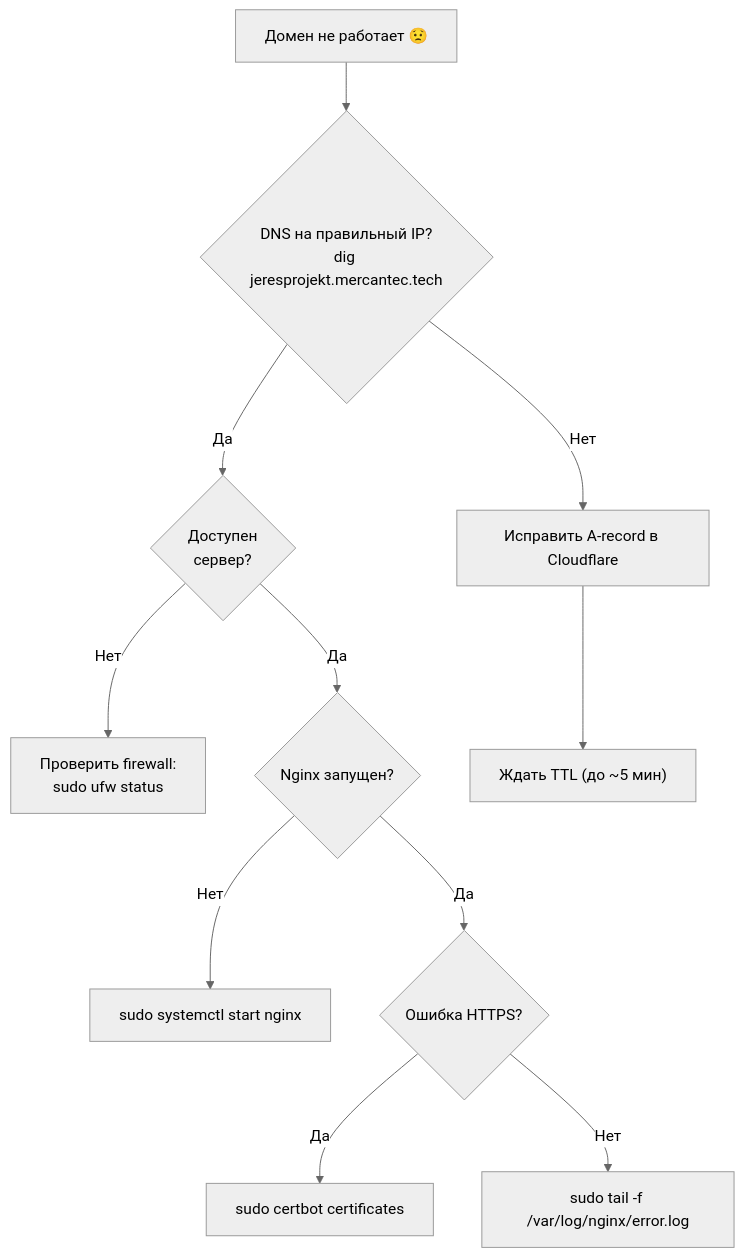
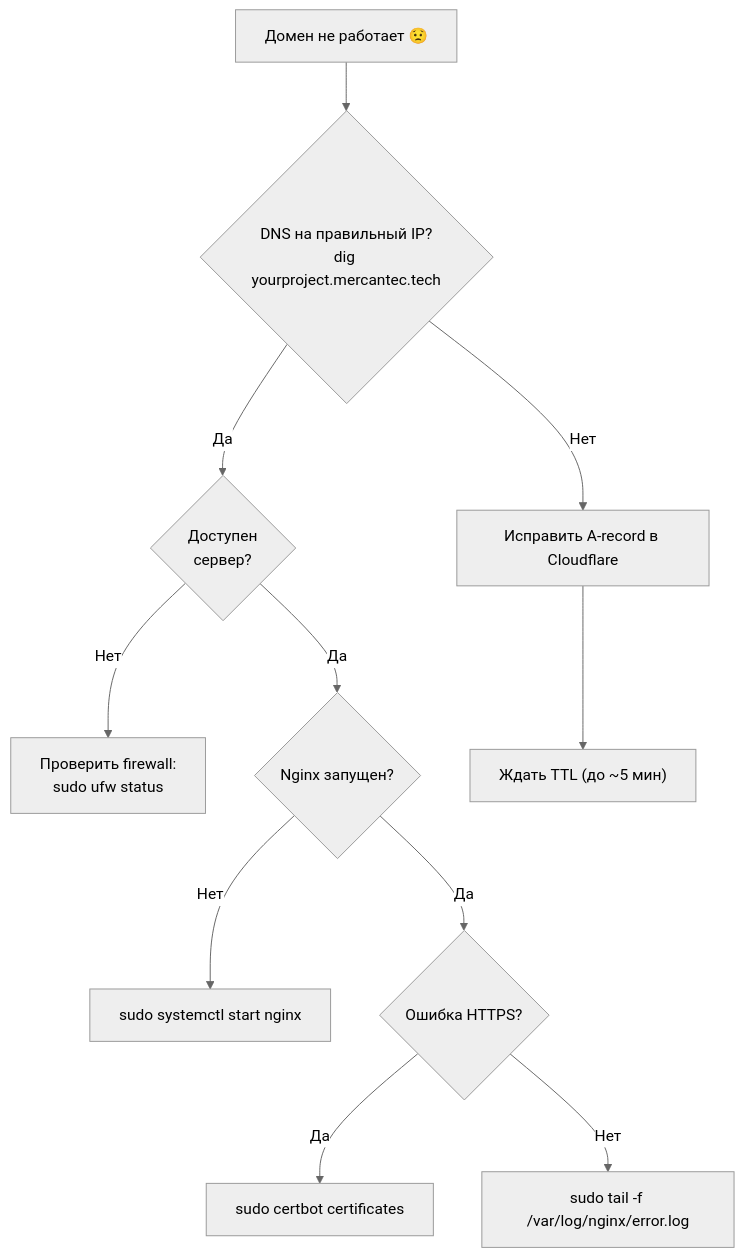
One commit to Mercantec-GHC/deploy-or-die-anbo0005 changed diagram 17 of 17 in docs/notes/day2-dns-firewall.md. Above: the diagram before and after it, drawn with Mermaid (neutral theme). The commit also changed other lines of this file and 8 other files, not shown here.

````diff
--- a/docs/notes/day2-dns-firewall.md
+++ b/docs/notes/day2-dns-firewall.md
@@ -492,13 +492,13 @@
 ```mermaid
 graph TD
-    START["Домен не работает 😟"] --> DNS_CHECK{"DNS на правильный IP?<br>dig jeresprojekt.mercantec.tech"}
+    START["Домен не работает 😟"] --> DNS_CHECK{"DNS на правильный IP?<br>dig yourproject.mercantec.tech"}
     DNS_CHECK -->|Нет| FIX_DNS["Исправить A-record в Cloudflare"]
     DNS_CHECK -->|Да| PING{"Доступен<br>сервер?"}
     PING -->|Нет| FW_CHECK["Проверить firewall:<br>sudo ufw status"]
     PING -->|Да| NGINX{"Nginx запущен?"}
     NGINX -->|Нет| START_NGINX["sudo systemctl start nginx"]
     NGINX -->|Да| HTTPS{"Ошибка HTTPS?"}
     HTTPS -->|Да| CERT["sudo certbot certificates"]
     HTTPS -->|Нет| LOGS["sudo tail -f /var/log/nginx/error.log"]
     FIX_DNS --> WAIT["Ждать TTL (до ~5 мин)"]
 ```
````
